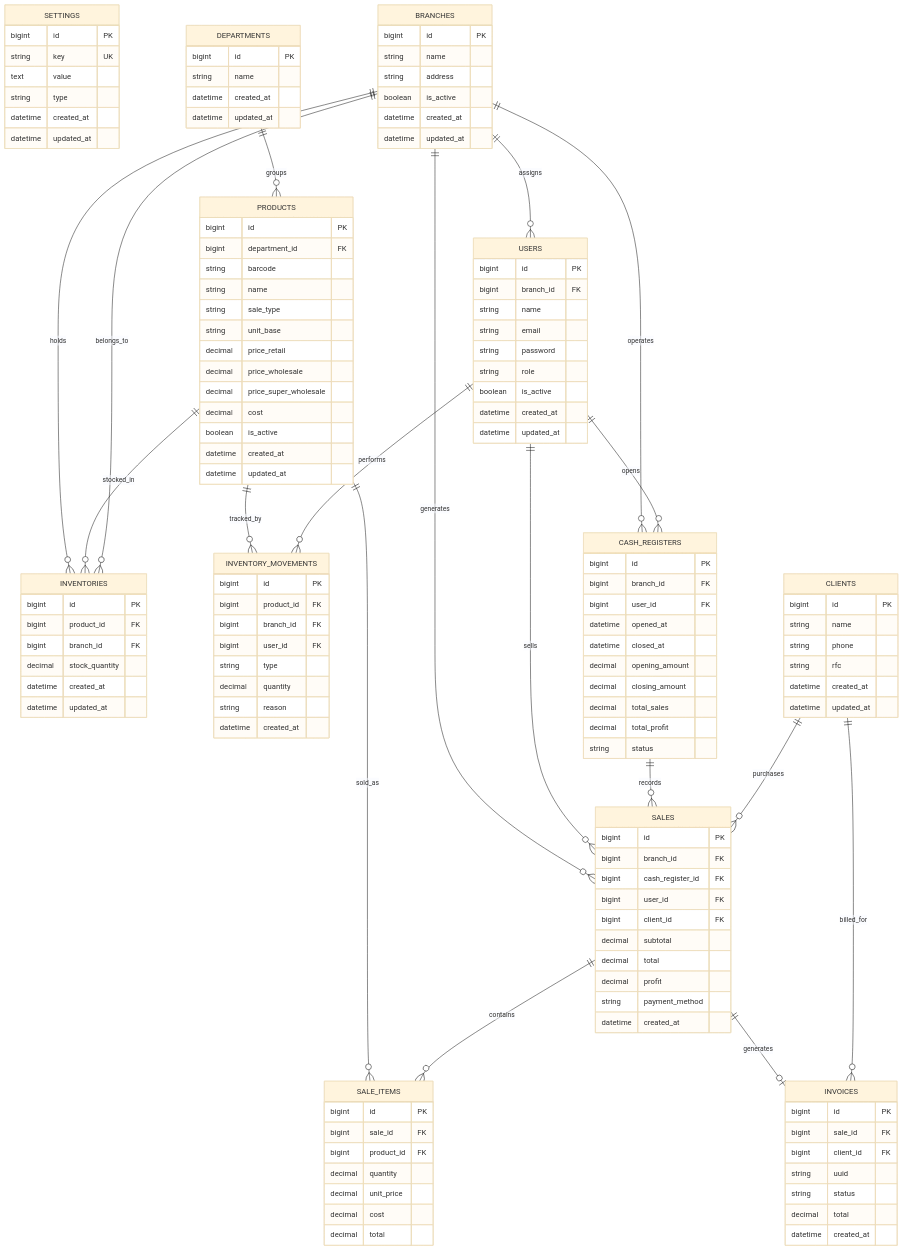
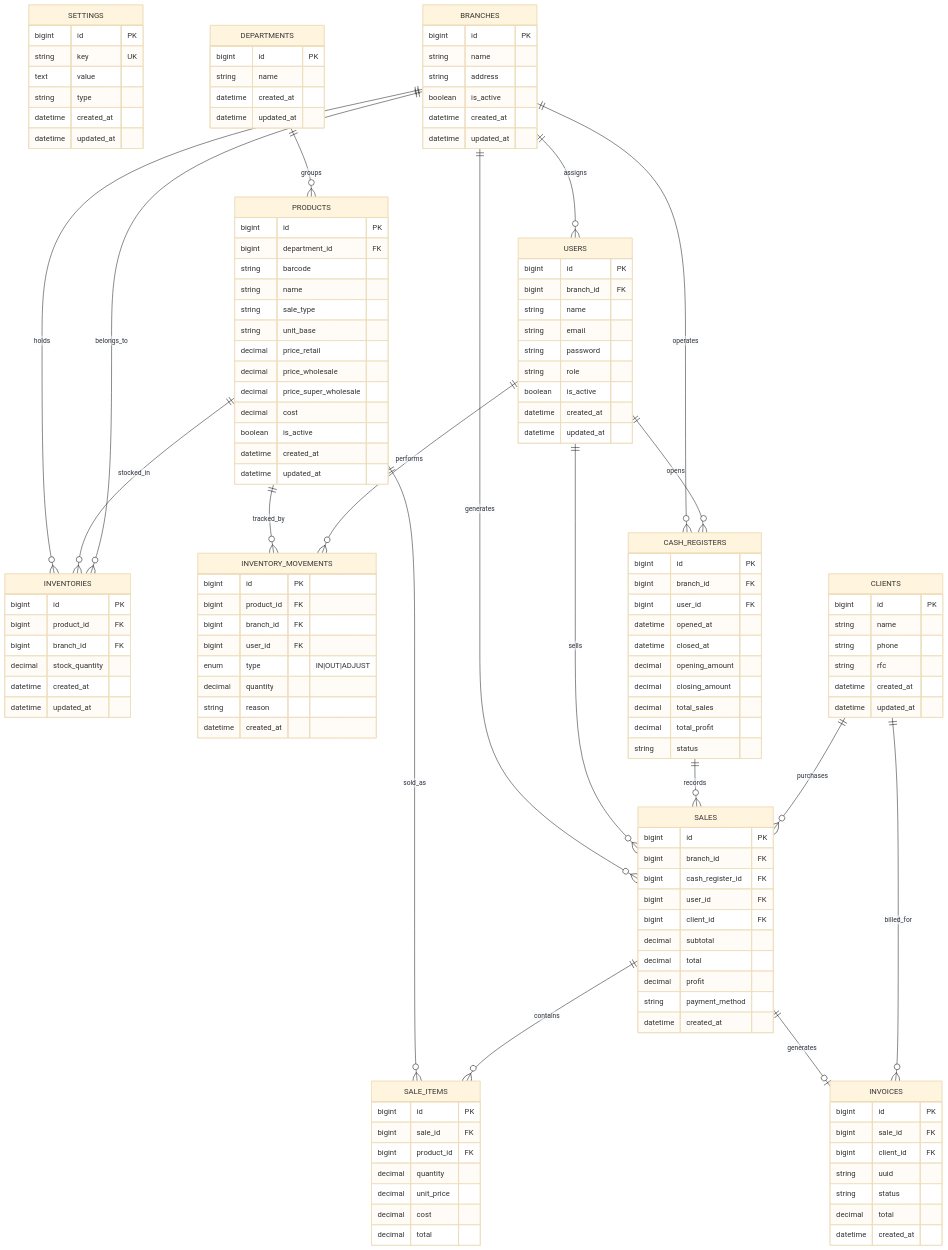
Before and after one commit to memoadian/pos: the diagram in README.md, drawn with Mermaid (base theme). The commit also changed other lines of this file, not shown here.

```diff
--- a/README.md
+++ b/README.md
@@ -180,7 +187,7 @@
         bigint product_id FK
         bigint branch_id FK
         bigint user_id FK
-        string type
+        enum type "IN|OUT|ADJUST"
         decimal quantity
         string reason
         datetime created_at
```
